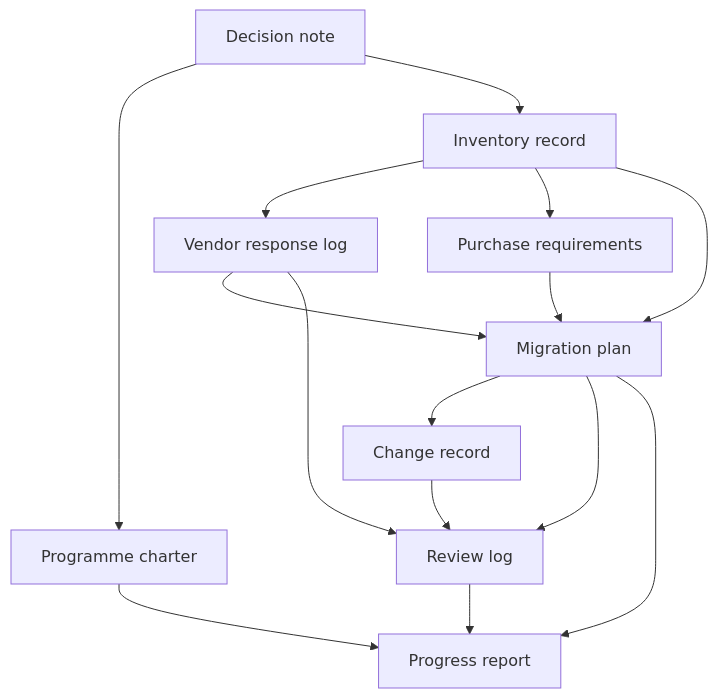
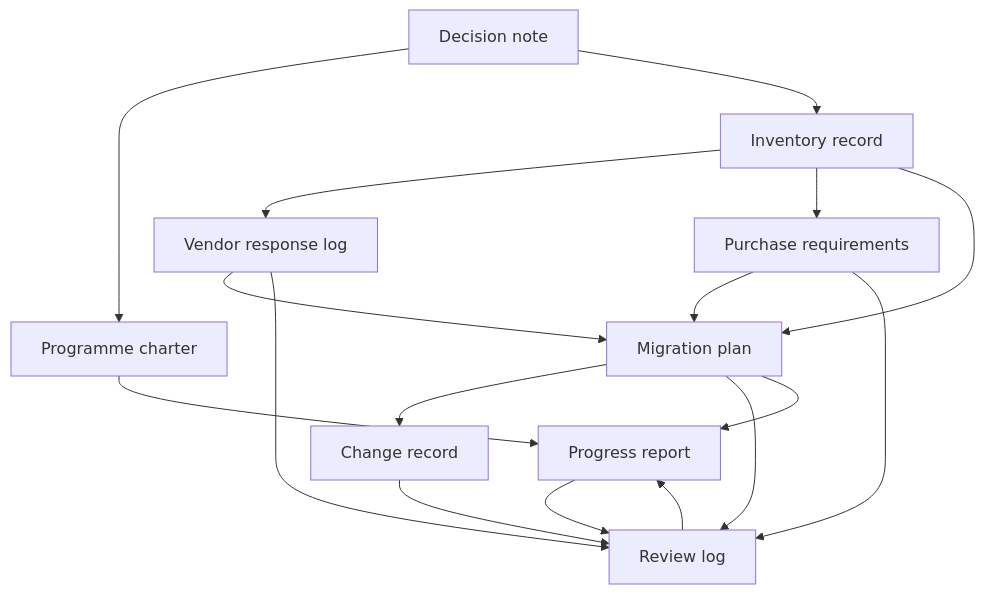
Before and after one commit to pqc-community/handbook: the diagram in docs/resources/index.md, drawn with Mermaid. The commit also changed other lines of this file and 1 other file, not shown here.

````diff
--- a/docs/resources/index.md
+++ b/docs/resources/index.md
@@ -28,17 +28,19 @@
 ```mermaid
 flowchart TD
     DN[Decision note] --> CH[Programme charter]
     DN --> INV[Inventory record]
     INV --> VRL[Vendor response log]
     INV --> PRQ[Purchase requirements]
     VRL --> PLAN[Migration plan]
     PRQ --> PLAN
     INV --> PLAN
     PLAN --> CR[Change record]
     CR --> RL[Review log]
     PLAN --> RL
     VRL --> RL
     RL --> REP[Progress report]
     CH --> REP
     PLAN --> REP
+    PRQ --> RL
+    REP --> RL
 ```
````
